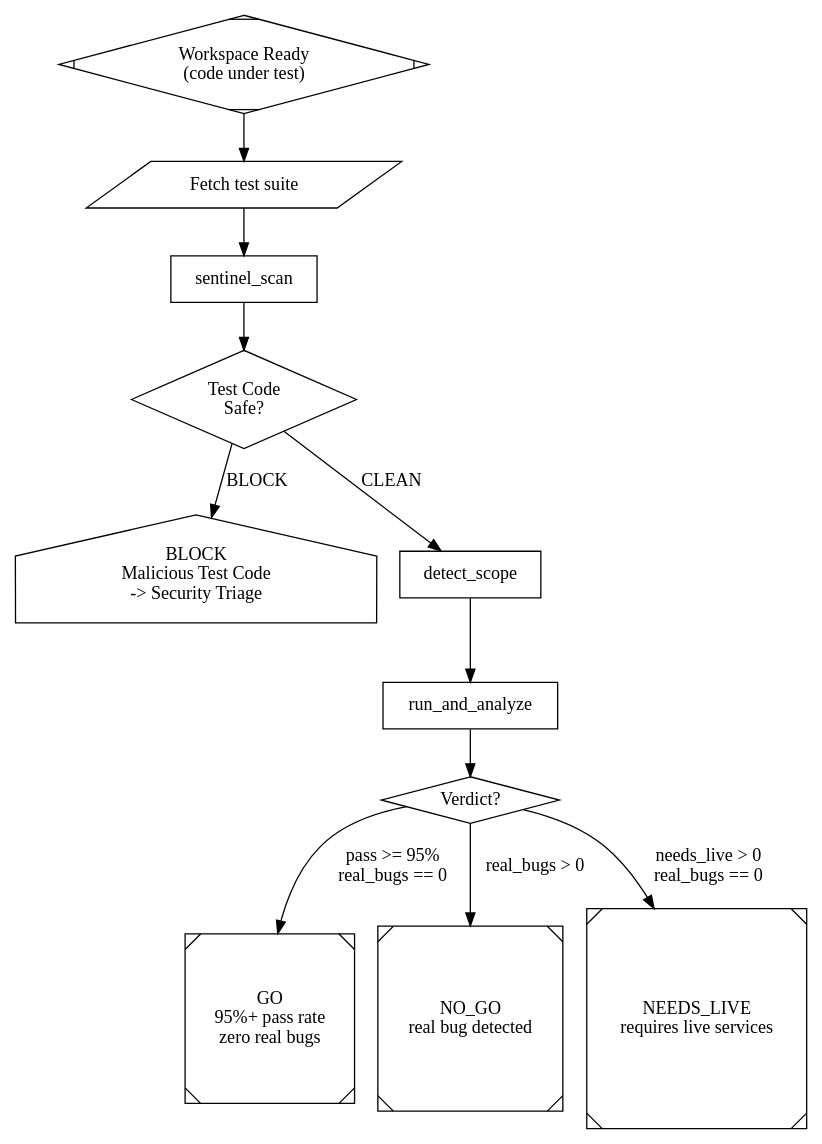
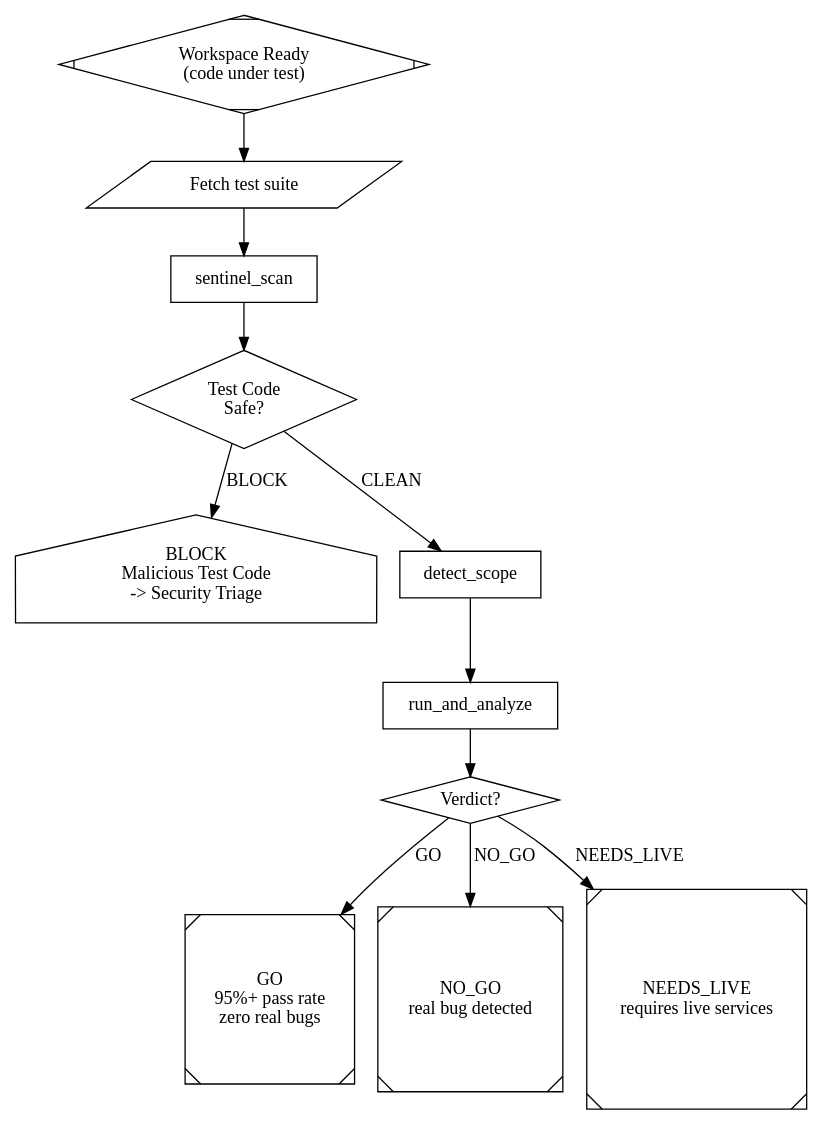
Before and after one commit to ardrodus/dark-fac: the diagram in pipelines/crucible.dot, drawn with Graphviz. The commit also changed 6 other files, not shown here.

```diff
--- a/pipelines/crucible.dot
+++ b/pipelines/crucible.dot
@@ -1,67 +1,67 @@
 // Crucible: Validation Pipeline
 //
 // Dark Factory's test validation layer. Runs the full test suite against
 // a workspace and produces a three-way verdict:
 //   GO        -- 95%+ pass rate AND zero real bugs detected
 //   NO_GO     -- Any real bug found (test failure confirmed as genuine)
 //   NEEDS_LIVE -- Tests require live/external services not available in CI
 //
 // Flow: clone tests -> security scan -> scope detection -> run + analyze -> verdict
 
 digraph crucible {
     graph [
         goal="Validate workspace code via single test run with three-way verdict"
     ]
 
     // --- Entry ---
     start [shape=Mdiamond, label="Workspace Ready\n(code under test)"]
 
     // --- Stage 1: Load Tests (git clone) ---
     load_tests [
         shape=parallelogram,
         label="Fetch test suite",
         prompt="cd $workspace && git clone $test_repo .dark-factory/crucible-tests/ 2>&1 || echo 'Test repo already cloned'",
         timeout="5m"
     ]
 
     // --- Stage 2: Sentinel Scan (Gate 1 on test code) ---
     sentinel_scan [
         shape=box,
         prompt="You are Sentinel performing Gate 1 on TEST CODE (not production code).\n\nWorkspace: $workspace\nTest directory: $workspace/.dark-factory/crucible-tests/\n\nScan the test suite for:\n- Embedded secrets or credentials in test fixtures\n- Malicious dependencies in test requirements\n- Shell injection or file-system escape in test helpers\n- Network calls to unexpected external hosts\n- Any attempt to modify code outside the test directory\n\nRead the test files and analyze them.\n\nVerdict: CLEAN (proceed) | BLOCK (test code is unsafe, abort pipeline)"
     ]
     sentinel_verdict [shape=diamond, label="Test Code\nSafe?"]
     sentinel_blocked [shape=house, label="BLOCK\nMalicious Test Code\n-> Security Triage"]
 
     // --- Stage 3: Detect Scope ---
     detect_scope [
         shape=box,
         prompt="You are the Crucible scope detector.\n\nWorkspace: $workspace\nBase SHA: $base_sha\nHead SHA: $head_sha\n\nAnalyze the test suite and workspace to determine test scope.\n\nDetect:\n- Test framework (pytest, jest, playwright, cargo test, go test, etc.)\n- Test files and count\n- Required services (databases, APIs, message queues)\n- Environment variables needed\n- Fixtures and setup requirements\n\nClassify each test as: unit | integration | e2e\nFlag tests that require live/external services not available in CI.\n\nWrite your detection results to: $workspace/.dark-factory/crucible/scope.json\nInclude: framework, test_count, run_command, live_service_tests[]"
     ]
 
     // --- Stage 4: Run Tests + Analyze ---
     // Agent node: reads scope detection output, runs the detected test framework,
     // then analyzes the results in one pass.
     run_and_analyze [
         shape=box,
         prompt="You are the Crucible test runner and analyst.\n\nWorkspace: $workspace\nBase SHA: $base_sha\nHead SHA: $head_sha\n\n## Step 1: Run Tests\n\nRead the scope detection results at: $workspace/.dark-factory/crucible/scope.json\nRun the detected test framework against the workspace.\nCapture the full test output.\n\n## Step 2: Analyze Results\n\nFor each test failure, classify as:\n- REAL_BUG: Genuine code defect (assertion on correct behavior fails)\n- FLAKY: Non-deterministic failure (timing, ordering, resource contention)\n- ENV_ISSUE: Missing service, config, or dependency (not a code bug)\n- NEEDS_LIVE: Requires live external service unavailable in CI\n\nCompute pass rate: passed / (passed + failed) * 100\n\nWrite analysis to: $workspace/.dark-factory/crucible/analysis.json\nInclude: pass_rate, real_bug_count, needs_live_count, failure_details[]\n\nOutput a summary with your verdict recommendation:\n- GO: pass_rate >= 95% AND real_bug_count == 0\n- NO_GO: real_bug_count > 0\n- NEEDS_LIVE: needs_live_count > 0 AND real_bug_count == 0"
     ]
 
     // --- Stage 5: Verdict (three-way) ---
     verdict [shape=diamond, label="Verdict?"]
 
     go [shape=Msquare, label="GO\n95%+ pass rate\nzero real bugs"]
     no_go [shape=Msquare, label="NO_GO\nreal bug detected"]
     needs_live [shape=Msquare, label="NEEDS_LIVE\nrequires live services"]
 
     // --- Flow ---
     start -> load_tests -> sentinel_scan -> sentinel_verdict
 
     sentinel_verdict -> detect_scope [label="CLEAN"]
     sentinel_verdict -> sentinel_blocked [label="BLOCK"]
 
     detect_scope -> run_and_analyze -> verdict
 
-    verdict -> go [label="pass >= 95%\nreal_bugs == 0"]
-    verdict -> no_go [label="real_bugs > 0"]
-    verdict -> needs_live [label="needs_live > 0\nreal_bugs == 0"]
+    verdict -> go [label="GO"]
+    verdict -> no_go [label="NO_GO"]
+    verdict -> needs_live [label="NEEDS_LIVE"]
 }
```
